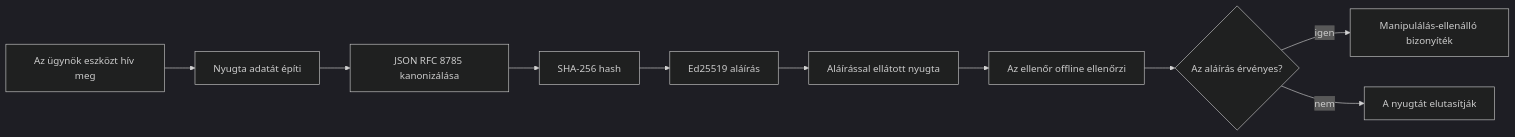
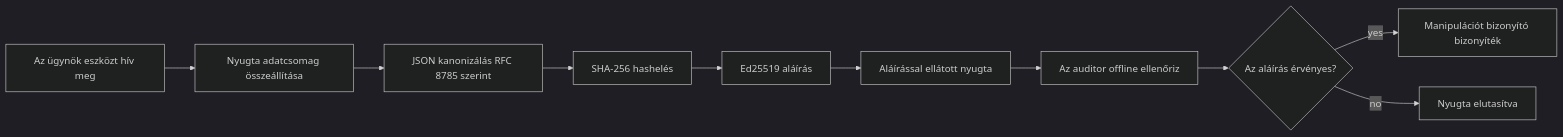
One commit to gabrielmoreira/agent-skills-mirror changed the first of 2 diagrams in mirrors/repos/microsoft@ai-agents-for-beginners/translations/hu/18-securing-ai-agents/README.md. Above: the diagram before and after it, drawn with Mermaid (dark theme). The commit also changed other lines of this file and 8886 other files, not shown here.

````diff
--- a/mirrors/repos/microsoft@ai-agents-for-beginners/translations/hu/18-securing-ai-agents/README.md
+++ b/mirrors/repos/microsoft@ai-agents-for-beginners/translations/hu/18-securing-ai-agents/README.md
@@ -51,12 +51,12 @@
 ```mermaid
 flowchart LR
-    A[Az ügynök eszközt hív meg] --> B[Nyugta adatát építi]
-    B --> C[JSON RFC 8785 kanonizálása]
-    C --> D[SHA-256 hash]
+    A[Az ügynök eszközt hív meg] --> B[Nyugta adatcsomag összeállítása]
+    B --> C[JSON kanonizálás RFC 8785 szerint]
+    C --> D[SHA-256 hashelés]
     D --> E[Ed25519 aláírás]
     E --> F[Aláírással ellátott nyugta]
-    F --> G[Az ellenőr offline ellenőrzi]
+    F --> G[Az auditor offline ellenőriz]
     G --> H{Az aláírás érvényes?}
-    H -- igen --> I[Manipulálás-ellenálló bizonyíték]
-    H -- nem --> J[A nyugtát elutasítják]
+    H -- yes --> I[Manipulációt bizonyító bizonyíték]
+    H -- no --> J[Nyugta elutasítva]
 ```
````
